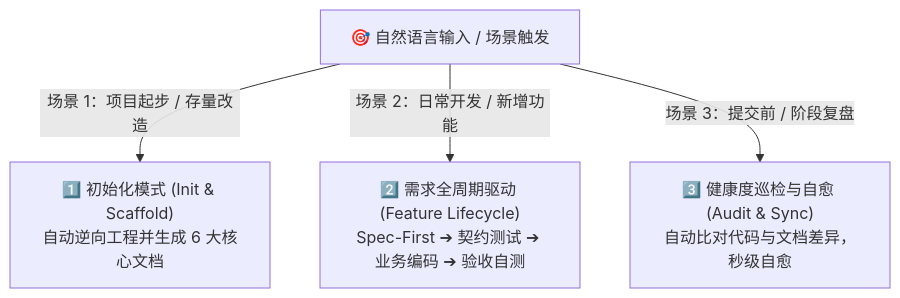
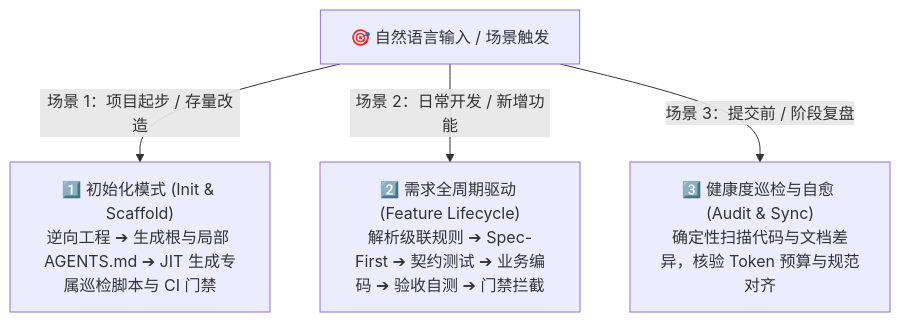
The diagram in README.md (DRX-1877/doc-system-maintainer-skill), drawn with Mermaid before and after one commit. The commit also changed other lines of this file and 6 other files, not shown here.

Commit message:
feat: support Open-SWE hierarchical context engineering and spec-driven JIT audit gates

````diff
--- a/README.md
+++ b/README.md
@@ -46,8 +65,8 @@
 ```mermaid
 flowchart TD
     Trigger["🎯 自然语言输入 / 场景触发"]
     
-    Trigger -->|"场景 1：项目起步 / 存量改造"| M1["1️⃣ 初始化模式 (Init & Scaffold)<br>自动逆向工程并生成 6 大核心文档"]
-    Trigger -->|"场景 2：日常开发 / 新增功能"| M2["2️⃣ 需求全周期驱动 (Feature Lifecycle)<br>Spec-First ➔ 契约测试 ➔ 业务编码 ➔ 验收自测"]
-    Trigger -->|"场景 3：提交前 / 阶段复盘"| M3["3️⃣ 健康度巡检与自愈 (Audit & Sync)<br>自动比对代码与文档差异，秒级自愈"]
+    Trigger -->|"场景 1：项目起步 / 存量改造"| M1["1️⃣ 初始化模式 (Init & Scaffold)<br>逆向工程 ➔ 生成根与局部 AGENTS.md ➔ JIT 生成专属巡检脚本与 CI 门禁"]
+    Trigger -->|"场景 2：日常开发 / 新增功能"| M2["2️⃣ 需求全周期驱动 (Feature Lifecycle)<br>解析级联规则 ➔ Spec-First ➔ 契约测试 ➔ 业务编码 ➔ 验收自测 ➔ 门禁拦截"]
+    Trigger -->|"场景 3：提交前 / 阶段复盘"| M3["3️⃣ 健康度巡检与自愈 (Audit & Sync)<br>确定性扫描代码与文档差异，核验 Token 预算与规范对齐"]
 ```
````
